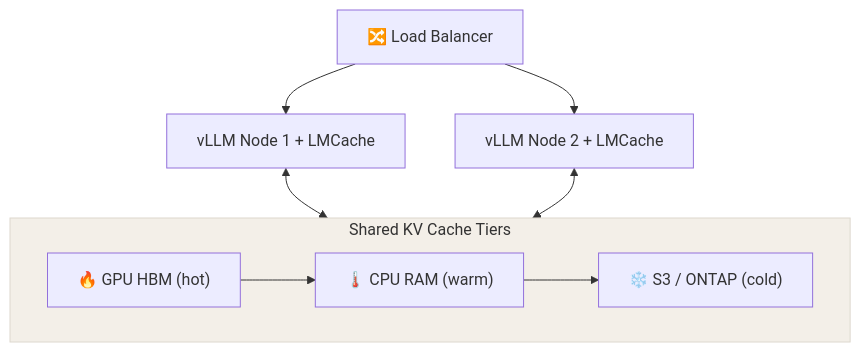
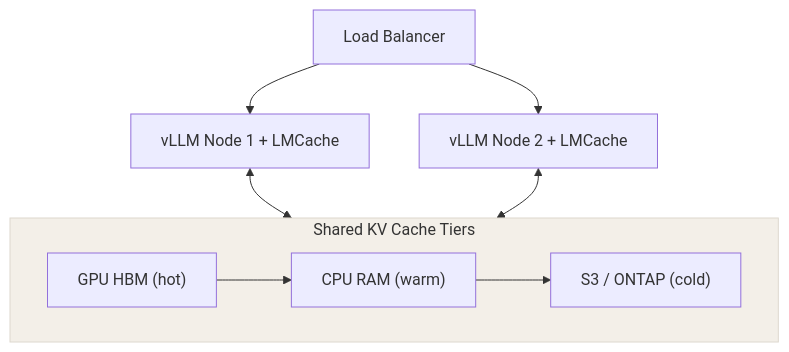
The second of 2 diagrams in docs/guide/kv-cache.md (sac34333/aiharness), drawn with Mermaid before and after one commit. The commit also changed other lines of this file, not shown here.

Commit message:
Fix KV cache diagrams: remove broken emojis, use text-only Mermaid nodes

````diff
--- a/docs/guide/kv-cache.md
+++ b/docs/guide/kv-cache.md
@@ -99,17 +99,17 @@
 ```mermaid
 graph TD
-    LB2["🔀 Load Balancer"]
+    LB2["Load Balancer"]
     LB2 --> N3["vLLM Node 1 + LMCache"]
     LB2 --> N4["vLLM Node 2 + LMCache"]
     N3 <--> SHARED
     N4 <--> SHARED
 
     subgraph SHARED["Shared KV Cache Tiers"]
-      GPU["🔥 GPU HBM (hot)"]
-      CPU["🌡️ CPU RAM (warm)"]
-      S3["❄️ S3 / ONTAP (cold)"]
+      GPU["GPU HBM (hot)"]
+      CPU["CPU RAM (warm)"]
+      S3["S3 / ONTAP (cold)"]
       GPU --> CPU --> S3
     end
 
     style SHARED fill:#F3EFE8,stroke:#DDD8CE
 ```
````
